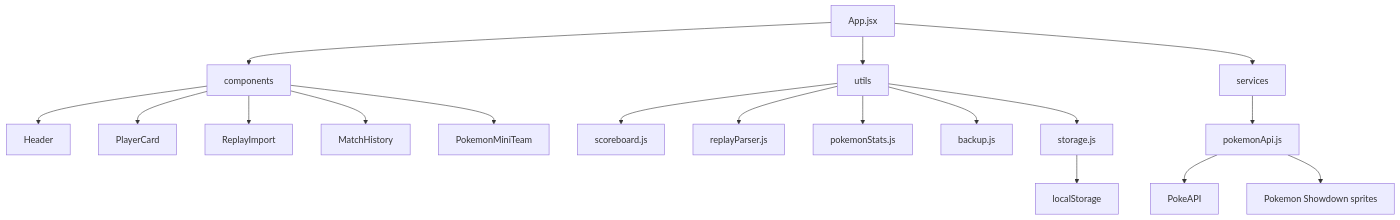
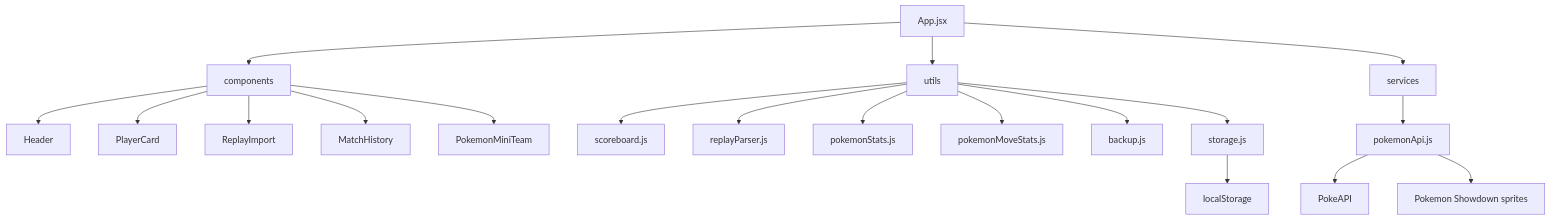
The second of 2 diagrams in README.md (Jean-Carlosms/Placar_Pokemon_Showdown), drawn with Mermaid before and after one commit. The commit also changed other lines of this file and 13 other files, not shown here.

````diff
--- a/README.md
+++ b/README.md
@@ -68,20 +69,21 @@
 ```mermaid
 flowchart TD
   A[App.jsx] --> B[components]
   A --> C[utils]
   B --> B1[Header]
   B --> B2[PlayerCard]
   B --> B3[ReplayImport]
   B --> B4[MatchHistory]
   B --> B5[PokemonMiniTeam]
   C --> C1[scoreboard.js]
   C --> C2[replayParser.js]
   C --> C3[pokemonStats.js]
-  C --> C4[backup.js]
-  C --> C5[storage.js]
+  C --> C4[pokemonMoveStats.js]
+  C --> C5[backup.js]
+  C --> C6[storage.js]
   A --> D[services]
   D --> D1[pokemonApi.js]
-  C5 --> E[localStorage]
+  C6 --> E[localStorage]
   D1 --> F[PokeAPI]
   D1 --> G[Pokemon Showdown sprites]
 ```
````
